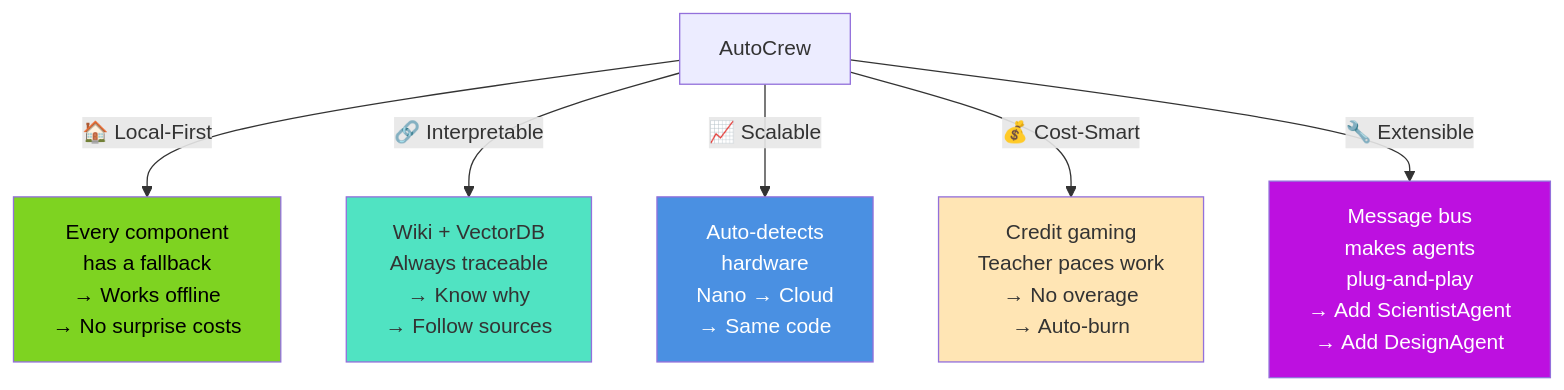
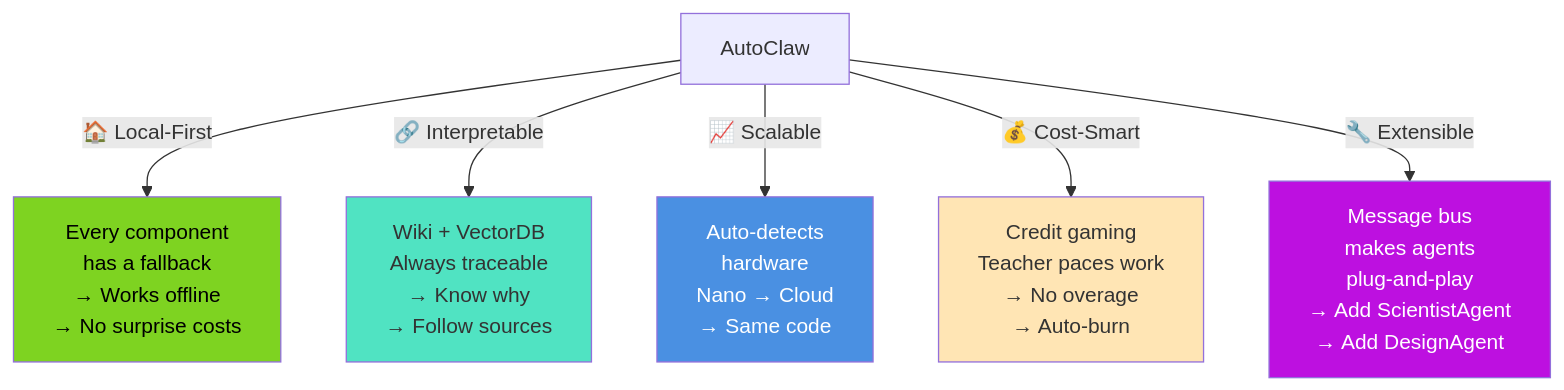
Before and after one commit to SuperInstance/autoclaw: diagram 13 of 14 in README.md, drawn with Mermaid. The commit also changed other lines of this file, not shown here.

Commit message:
Fix: Change AutoCrew to AutoClaw in README

````diff
--- a/README.md
+++ b/README.md
@@ -328,18 +328,18 @@
 ```mermaid
 graph TB
-    AC["AutoCrew"] -->|"🏠 Local-First"| LF["Every component<br/>has a fallback<br/>→ Works offline<br/>→ No surprise costs"]
+    AC["AutoClaw"] -->|"🏠 Local-First"| LF["Every component<br/>has a fallback<br/>→ Works offline<br/>→ No surprise costs"]
 
     AC -->|"🔗 Interpretable"| INT["Wiki + VectorDB<br/>Always traceable<br/>→ Know why<br/>→ Follow sources"]
 
     AC -->|"📈 Scalable"| SCALE["Auto-detects<br/>hardware<br/>Nano → Cloud<br/>→ Same code"]
 
     AC -->|"💰 Cost-Smart"| COST["Credit gaming<br/>Teacher paces work<br/>→ No overage<br/>→ Auto-burn"]
 
     AC -->|"🔧 Extensible"| EXT["Message bus<br/>makes agents<br/>plug-and-play<br/>→ Add ScientistAgent<br/>→ Add DesignAgent"]
 
     style LF fill:#7ED321,color:#000
     style INT fill:#50E3C2
     style SCALE fill:#4A90E2,color:#fff
     style COST fill:#FFE5B4
     style EXT fill:#BD10E0,color:#fff
 ```
````
